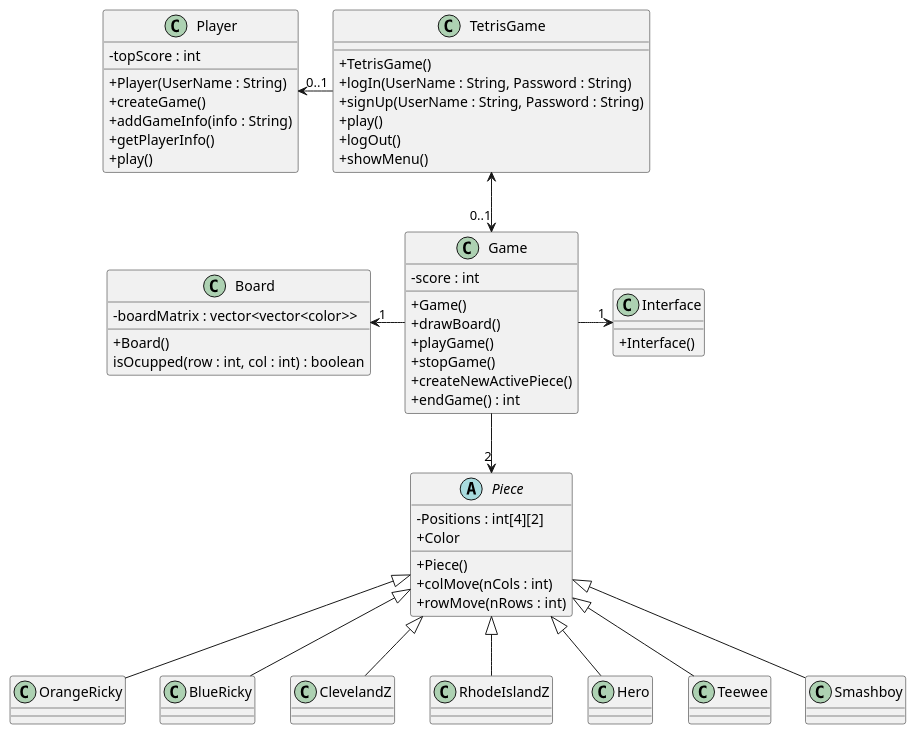
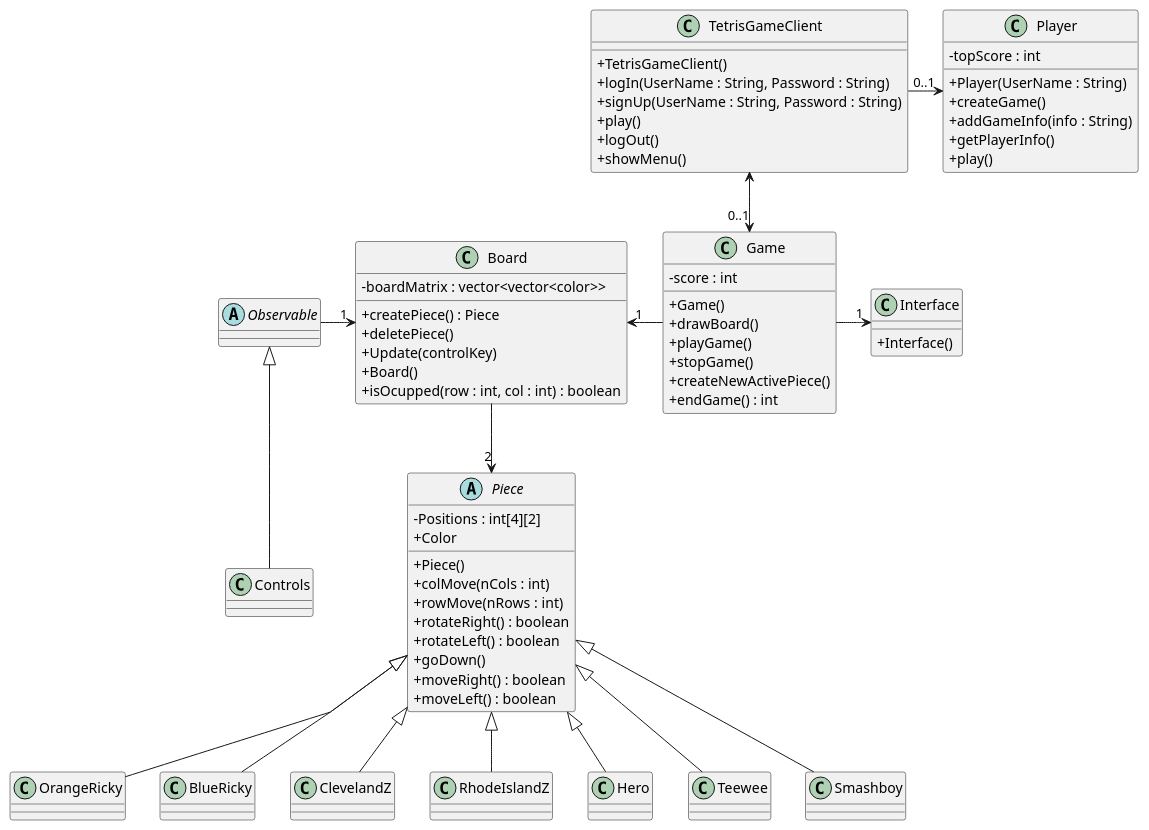
Before and after one commit to carles444/TQS-Tetris: the diagram in src/main/java/TetrisGame/class_design.puml, drawn with PlantUML.

Commit message:
Diagrama de clases 2.0

```diff
--- a/src/main/java/TetrisGame/class_design.puml
+++ b/src/main/java/TetrisGame/class_design.puml
@@ -1,66 +1,80 @@
 @startuml
 
 skinparam classAttributeIconSize 0
 skinparam linetype polyline
 
-class TetrisGame {
-    + TetrisGame()
+class TetrisGameClient {
+    + TetrisGameClient()
     + logIn(UserName : String, Password : String)
     + signUp(UserName : String, Password : String)
     + play()
     + logOut()
     + showMenu()  
 }
 
 class Player{
     - topScore : int
     + Player(UserName : String)
     + createGame()
     + addGameInfo(info : String)
     + getPlayerInfo()
     + play()
 }
 
 class Game {
     - score : int
     + Game()
     + drawBoard()
     + playGame()
     + stopGame()
     + createNewActivePiece()
     + endGame() : int
 
 }
+
+abstract class Observable
+class Controls extends Observable
+
 class Board {
+    + createPiece() : Piece
+    + deletePiece()
+    + Update(controlKey)
     + Board()
     - boardMatrix : vector<vector<color>>
-    isOcupped(row : int, col : int) : boolean
+    + isOcupped(row : int, col : int) : boolean
+
 
 }
 abstract class Piece {
     + Piece()
     - Positions : int[4][2]
     + colMove(nCols : int)
     + rowMove(nRows : int)
     + Color
+    + rotateRight() : boolean
+    + rotateLeft() : boolean
+    + goDown()
+    + moveRight() : boolean
+    + moveLeft() : boolean
 }
 
 class Interface {
     + Interface()
 }
 
 class OrangeRicky extends Piece
 class BlueRicky extends Piece
 class ClevelandZ extends Piece
 class RhodeIslandZ extends Piece
 class Hero extends Piece
 class Teewee extends Piece
 class Smashboy extends Piece
 
-TetrisGame -left-> "0..1" Player
-TetrisGame <-down-> "0..1" Game
+Observable -right-> "1" Board
+TetrisGameClient -right-> "0..1" Player
+TetrisGameClient <-down-> "0..1" Game
 Game -left-> "1" Board
-Game -down-> "2"Piece
+Board -down-> "2"Piece
 Game -right-> "1" Interface
 
 @enduml
```
